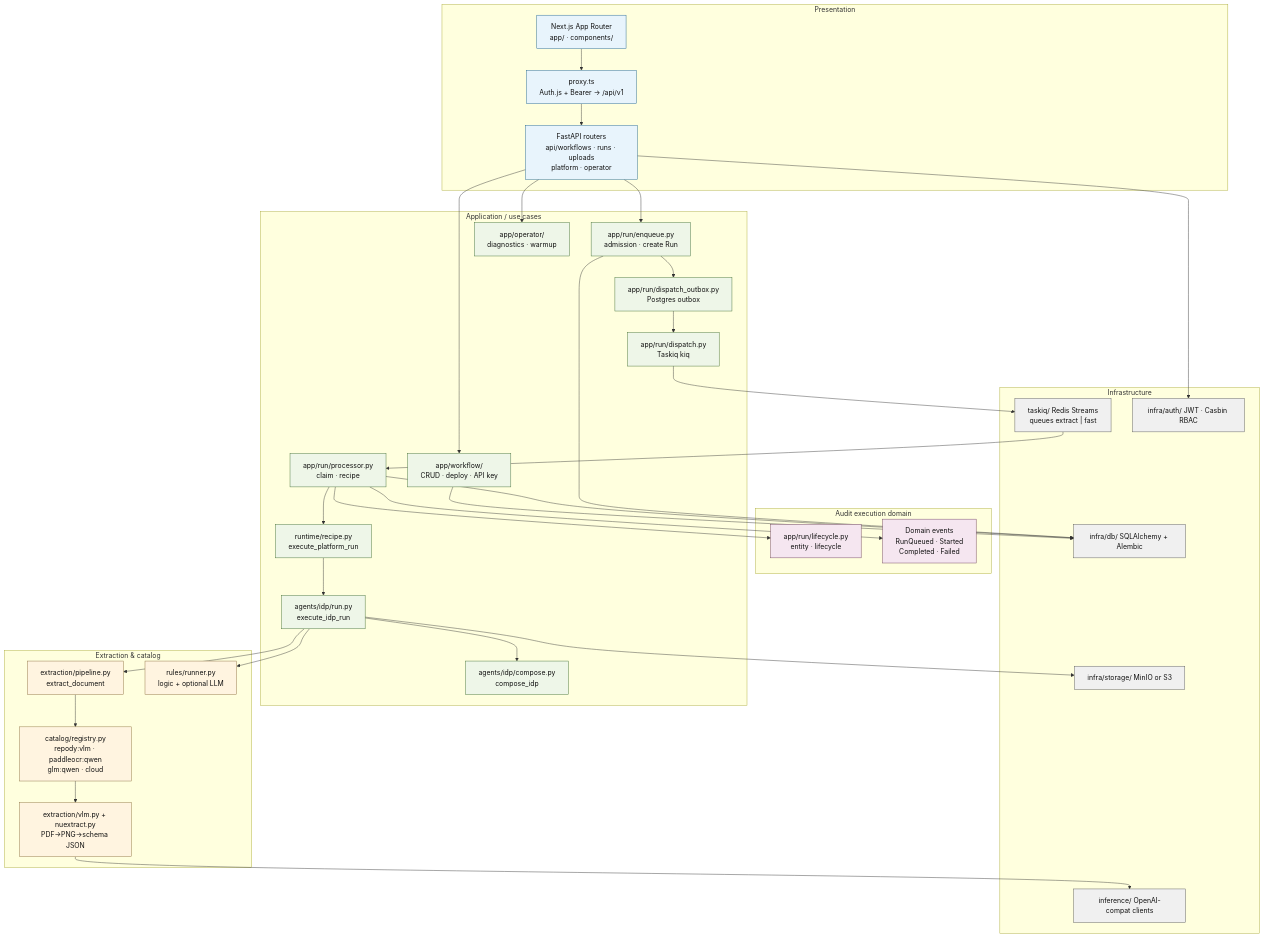
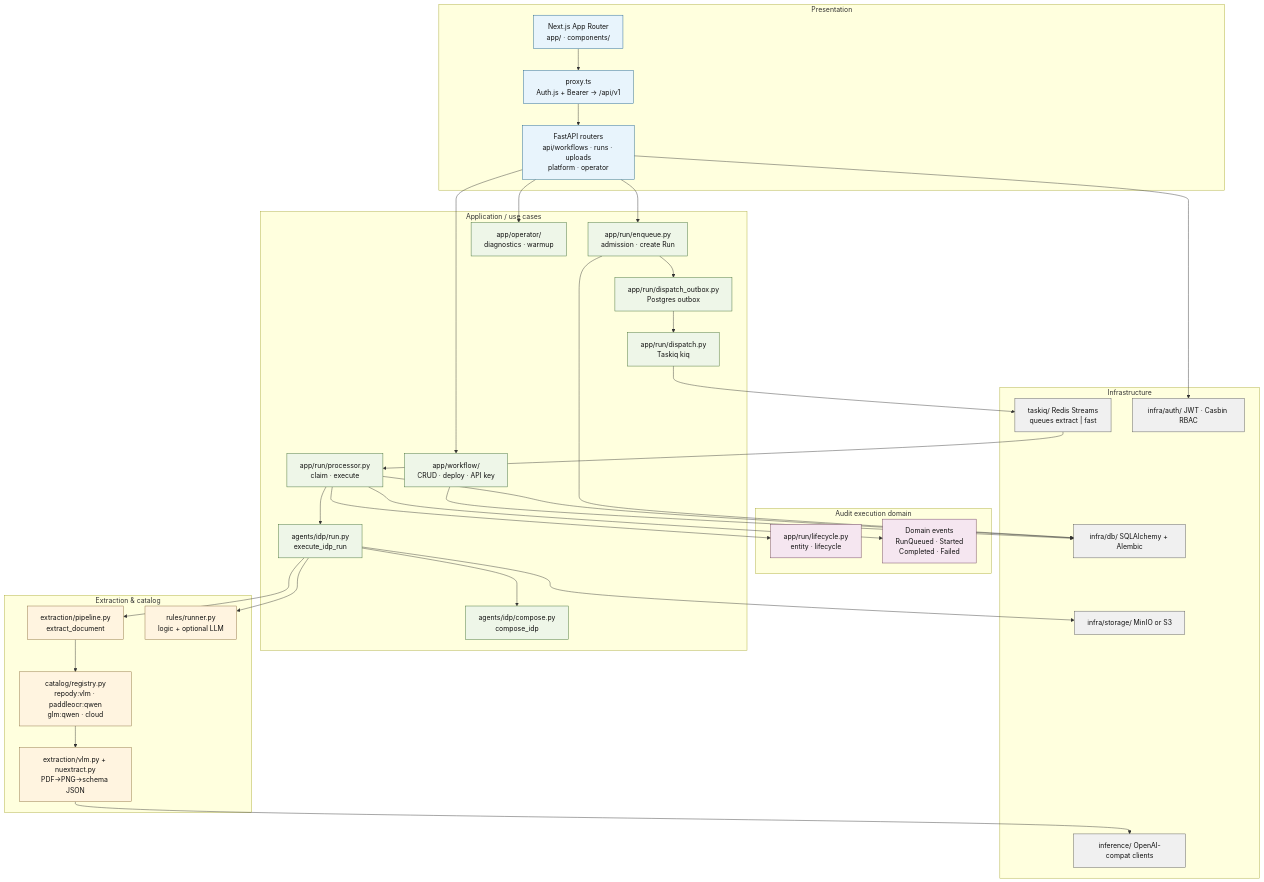
One commit to MehdiGououiad/repody changed the diagram in docs/diagrams/architecture-backend-couches.mmd. Above: the diagram before and after it, drawn with Mermaid. The commit also changed 152 other files, not shown here.

```diff
--- a/docs/diagrams/architecture-backend-couches.mmd
+++ b/docs/diagrams/architecture-backend-couches.mmd
@@ -1,69 +1,68 @@
 %% Repody — Backend layers + bounded contexts
 %% Docs: CONTEXT.md · docs/DEVELOPMENT.md · ADR 003 / 006 / 007
 
 flowchart TB
   subgraph Presentation["Presentation"]
     Next["Next.js App Router<br/>app/ · components/"]
     Proxy["proxy.ts<br/>Auth.js + Bearer → /api/v1"]
     APIRouters["FastAPI routers<br/>api/workflows · runs · uploads<br/>platform · operator"]
   end
 
   subgraph Application["Application / use cases"]
     WFSvc["app/workflow/<br/>CRUD · deploy · API key"]
     RunEnq["app/run/enqueue.py<br/>admission · create Run"]
     Outbox["app/run/dispatch_outbox.py<br/>Postgres outbox"]
     Dispatch["app/run/dispatch.py<br/>Taskiq kiq"]
-    RunProc["app/run/processor.py<br/>claim · recipe"]
-    PlatformOrch["runtime/recipe.py<br/>execute_platform_run"]
+    RunProc["app/run/processor.py<br/>claim · execute"]
     IdpRun["agents/idp/run.py<br/>execute_idp_run"]
     IdpCompose["agents/idp/compose.py<br/>compose_idp"]
     OpSvc["app/operator/<br/>diagnostics · warmup"]
   end
 
   subgraph Domaine["Audit execution domain"]
     Domain["app/run/lifecycle.py<br/>entity · lifecycle"]
     Events["Domain events<br/>RunQueued · Started<br/>Completed · Failed"]
   end
 
   subgraph Extraction["Extraction & catalog"]
     Pipe["extraction/pipeline.py<br/>extract_document"]
     Catalog["catalog/registry.py<br/>repody:vlm · paddleocr:qwen<br/>glm:qwen · cloud"]
     VLM["extraction/vlm.py + nuextract.py<br/>PDF→PNG→schema JSON"]
     Rules["rules/runner.py<br/>logic + optional LLM"]
   end
 
   subgraph Infra["Infrastructure"]
     DB["infra/db/ SQLAlchemy + Alembic"]
     Storage["infra/storage/ MinIO or S3"]
     Taskiq["taskiq/ Redis Streams<br/>queues extract | fast"]
     InfClient["inference/ OpenAI-compat clients"]
     Auth["infra/auth/ JWT · Casbin RBAC"]
   end
 
   Next --> Proxy --> APIRouters
   APIRouters --> WFSvc
   APIRouters --> RunEnq
   APIRouters --> Auth
   RunEnq --> Outbox --> Dispatch --> Taskiq
   Taskiq --> RunProc
   RunProc --> Domain
-  RunProc --> PlatformOrch --> IdpRun --> IdpCompose
+  RunProc --> IdpRun --> IdpCompose
   IdpRun --> Pipe --> Catalog --> VLM --> InfClient
   IdpRun --> Rules
   RunProc --> Events
   IdpRun --> Storage
   RunEnq --> DB
   RunProc --> DB
   WFSvc --> DB
   APIRouters --> OpSvc
 
   classDef ui fill:#e8f4fc,stroke:#1a5f8a,color:#111
   classDef svc fill:#eef6e8,stroke:#3d6b2f,color:#111
   classDef dom fill:#f5e6f0,stroke:#6b3d5a,color:#111
   classDef ext fill:#fff4e0,stroke:#8a6d3b,color:#111
   classDef inf fill:#f0f0f0,stroke:#555,color:#111
   class Next,Proxy,APIRouters ui
-  class WFSvc,RunEnq,Outbox,Dispatch,RunProc,PlatformOrch,IdpRun,IdpCompose,OpSvc svc
+  class WFSvc,RunEnq,Outbox,Dispatch,RunProc,IdpRun,IdpCompose,OpSvc svc
   class Domain,Events dom
   class Pipe,Catalog,VLM,Rules ext
   class DB,Storage,Taskiq,InfClient,Auth inf
```
